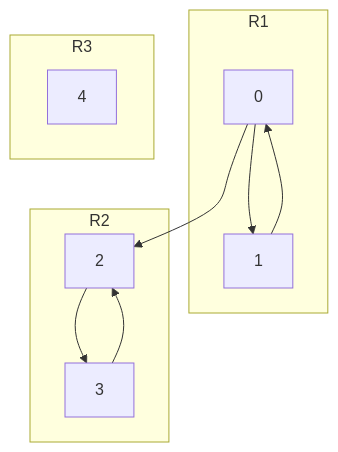
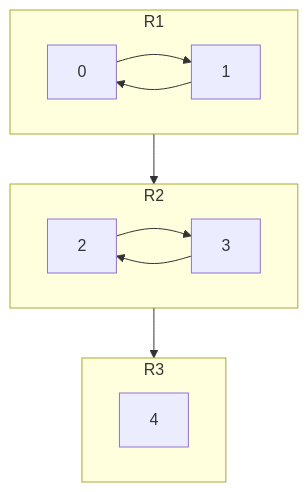
One commit to alkasher/Fibonacci_Heap changed the second of 2 diagrams in README.md. Above: the diagram before and after it, drawn with Mermaid.

````diff
--- a/README.md
+++ b/README.md
@@ -43,16 +43,17 @@
 ```mermaid
 graph TD
 subgraph R1
 A[0] --> B[1]
 B[1] --> A[0]
 end
 subgraph R2
 C[2] --> D[3]
 D[3] --> C[2]
 end
 subgraph R3
 E[4]
 end
 direction LR
-A[0]-->C[2]
+R1-->R2
+R2-->R3
 ```
````
